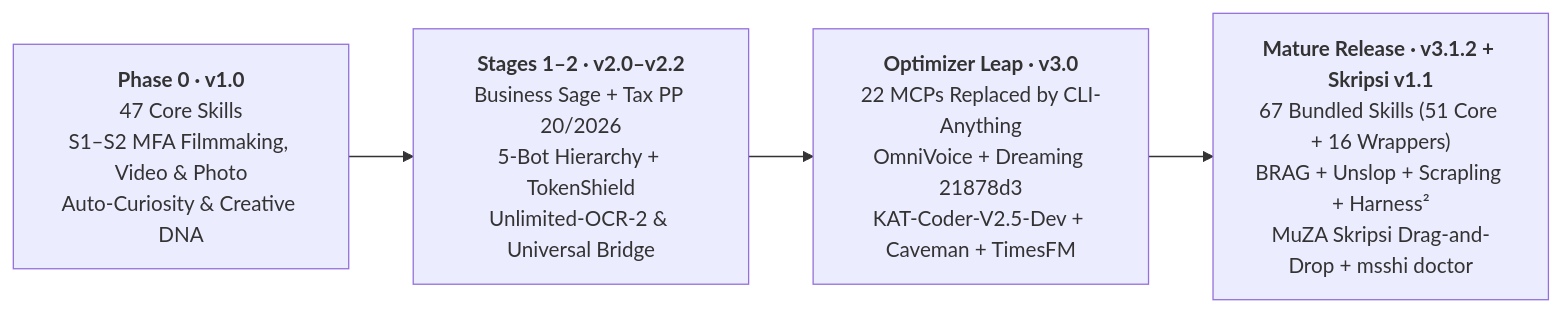
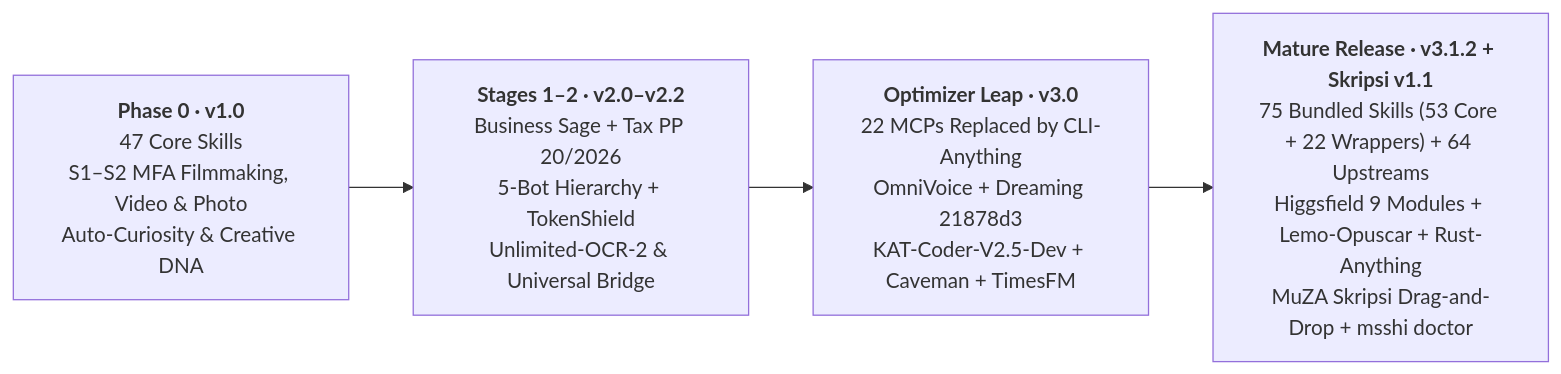
Before and after one commit to zidanaisar624/MSSHI-Mega-Semar-Sang-Hyang-Ismaya: the first of 2 diagrams in README_EN.md, drawn with Mermaid. The commit also changed other lines of this file and 9 other files, not shown here.

````diff
--- a/README_EN.md
+++ b/README_EN.md
@@ -113,6 +157,6 @@
 ```mermaid
 flowchart LR
     V1["<b>Phase 0 · v1.0</b><br/>47 Core Skills<br/>S1–S2 MFA Filmmaking, Video &amp; Photo<br/>Auto-Curiosity &amp; Creative DNA"] --> V2["<b>Stages 1–2 · v2.0–v2.2</b><br/>Business Sage + Tax PP 20/2026<br/>5-Bot Hierarchy + TokenShield<br/>Unlimited-OCR-2 &amp; Universal Bridge"]
     V2 --> V3["<b>Optimizer Leap · v3.0</b><br/>22 MCPs Replaced by CLI-Anything<br/>OmniVoice + Dreaming 21878d3<br/>KAT-Coder-V2.5-Dev + Caveman + TimesFM"]
-    V3 --> V31["<b>Mature Release · v3.1.2 + Skripsi v1.1</b><br/>67 Bundled Skills (51 Core + 16 Wrappers)<br/>BRAG + Unslop + Scrapling + Harness²<br/>MuZA Skripsi Drag-and-Drop + msshi doctor"]
+    V3 --> V31["<b>Mature Release · v3.1.2 + Skripsi v1.1</b><br/>75 Bundled Skills (53 Core + 22 Wrappers) + 64 Upstreams<br/>Higgsfield 9 Modules + Lemo-Opuscar + Rust-Anything<br/>MuZA Skripsi Drag-and-Drop + msshi doctor"]
 ```
````
